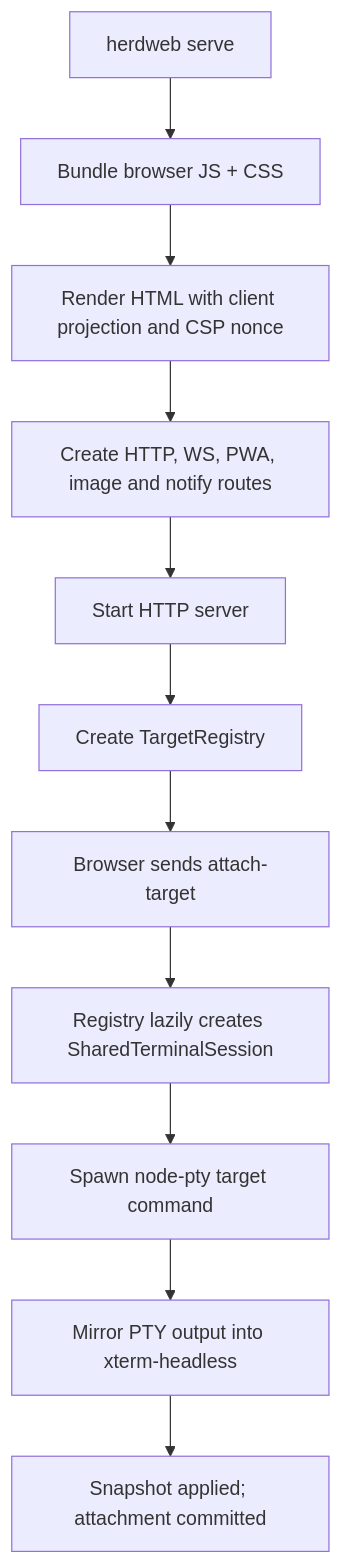
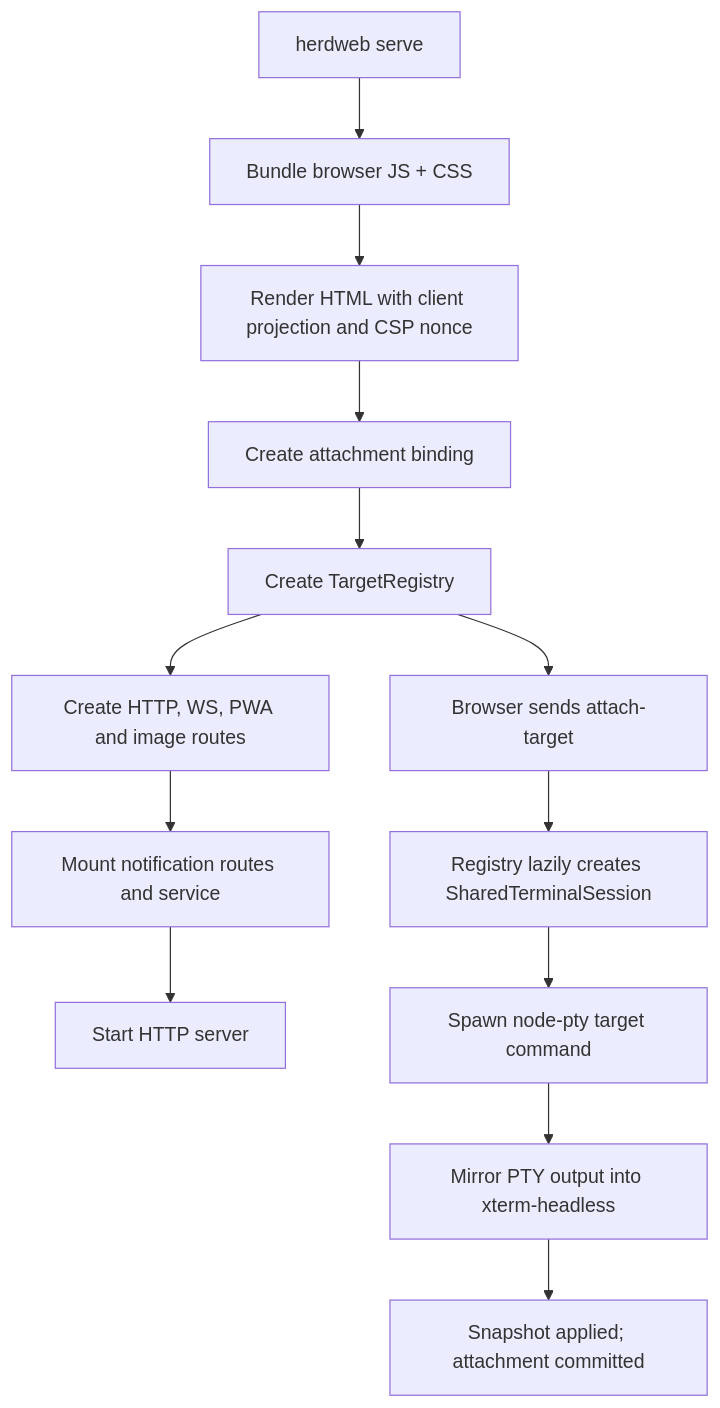
One commit to zlxlabs/herdweb changed the second of 2 diagrams in docs/architecture/how-herdweb-works.md. Above: the diagram before and after it, drawn with Mermaid. The commit also changed other lines of this file and 4 other files, not shown here.

````diff
--- a/docs/architecture/how-herdweb-works.md
+++ b/docs/architecture/how-herdweb-works.md
@@ -52,17 +53,19 @@
 ```mermaid
 flowchart TD
     Start[herdweb serve]
     Bundle[Bundle browser JS + CSS]
     Html[Render HTML with client projection and CSP nonce]
-    Routes[Create HTTP, WS, PWA, image and notify routes]
+    Binding[Create attachment binding]
+    Registry[Create TargetRegistry]
+    Routes[Create HTTP, WS, PWA and image routes]
+    Notify[Mount notification routes and service]
     Listen[Start HTTP server]
-    Registry[Create TargetRegistry]
     Attach[Browser sends attach-target]
     Spawn[Registry lazily creates SharedTerminalSession]
     PTY[Spawn node-pty target command]
     Mirror[Mirror PTY output into xterm-headless]
     Commit[Snapshot applied; attachment committed]
 
-    Start --> Bundle --> Html --> Routes --> Listen --> Registry
+    Start --> Bundle --> Html --> Binding --> Registry --> Routes --> Notify --> Listen
     Registry --> Attach --> Spawn --> PTY --> Mirror --> Commit
 ```
````
